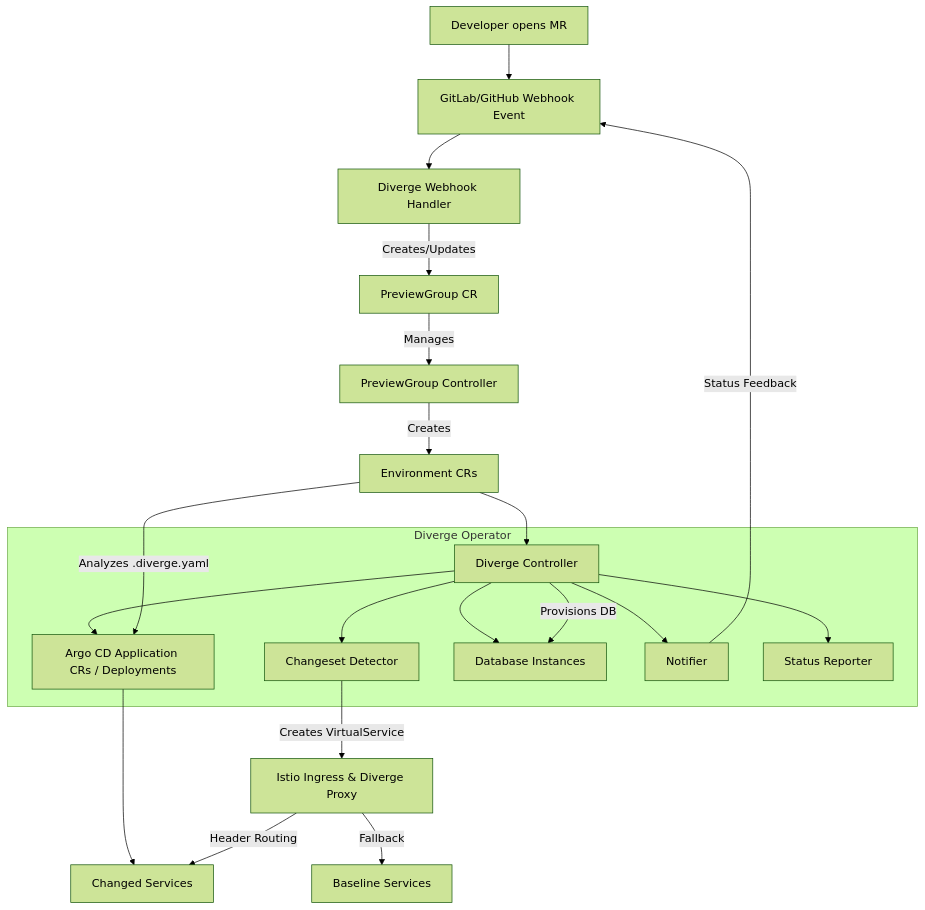
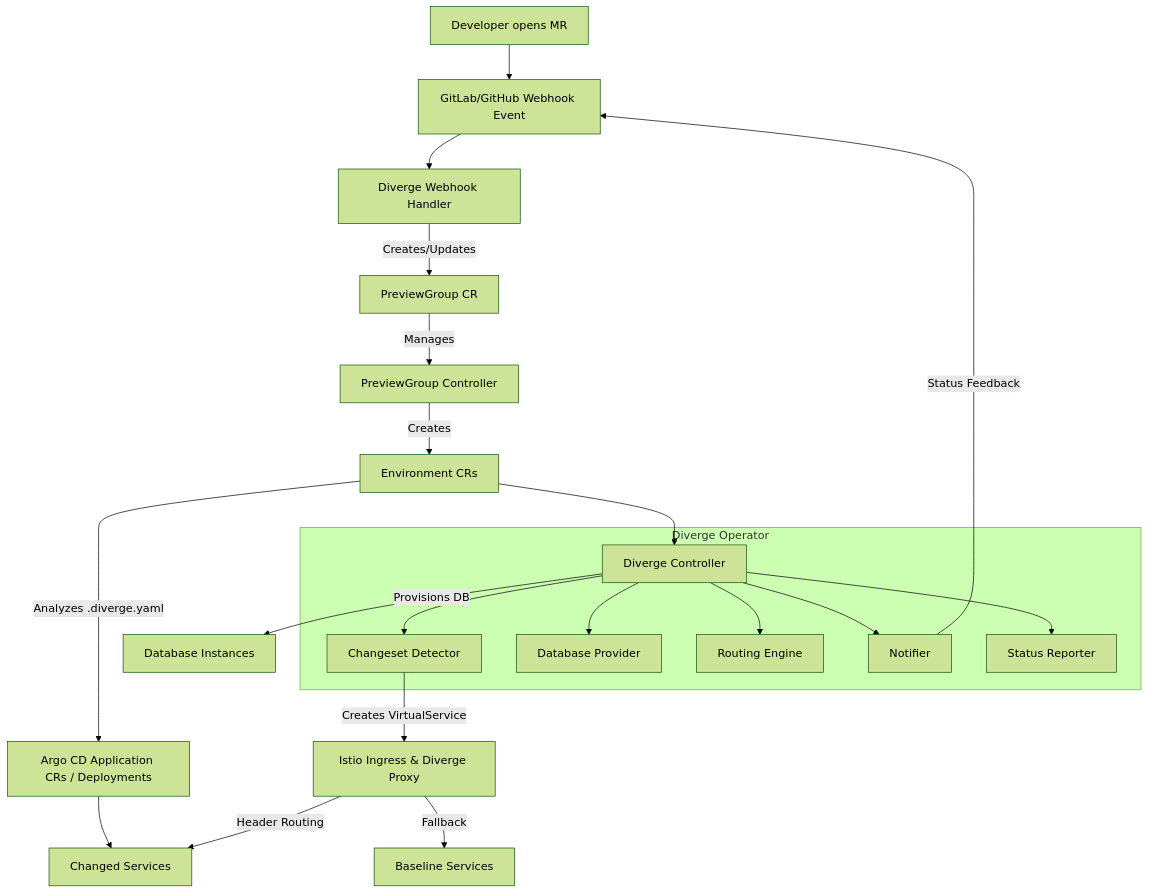
One commit to divergedev/diverge changed the diagram in docs/architecture.md. Above: the diagram before and after it, drawn with Mermaid (forest theme). The commit also changed other lines of this file and 13 other files, not shown here.

````diff
--- a/docs/architecture.md
+++ b/docs/architecture.md
@@ -10,26 +10,26 @@
 ```mermaid
 flowchart TD
     A[Developer opens MR] --> B[GitLab/GitHub Webhook Event]
     B --> C[Diverge Webhook Handler]
     C -->|Creates/Updates| D[PreviewGroup CR]
     D -->|Manages| E[PreviewGroup Controller]
     E -->|Creates| F[Environment CRs]
     F --> G[Diverge Controller]
 
     subgraph Diverge Operator
         G --> H[Changeset Detector]
         G --> I[Database Provider]
         G --> J[Routing Engine]
         G --> N[Notifier]
         G --> S[Status Reporter]
     end
 
-    F -->|Analyzes .diverge.yaml| I[Argo CD Application CRs / Deployments]
-    G -->|Provisions DB| J[Database Instances]
+    F -->|Analyzes .diverge.yaml| ARGO[Argo CD Application CRs / Deployments]
+    G -->|Provisions DB| DB_INST[Database Instances]
     H -->|Creates VirtualService| K[Istio Ingress & Diverge Proxy]
     N -->|Status Feedback| B
 
-    I --> L[Changed Services]
+    ARGO --> L[Changed Services]
     K -->|Header Routing| L
     K -->|Fallback| M[Baseline Services]
 ```
````
